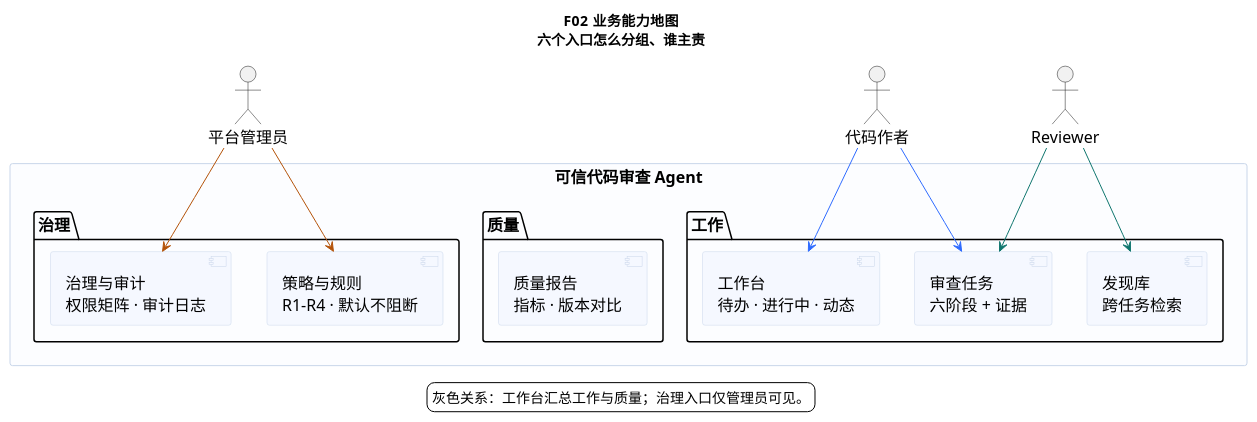
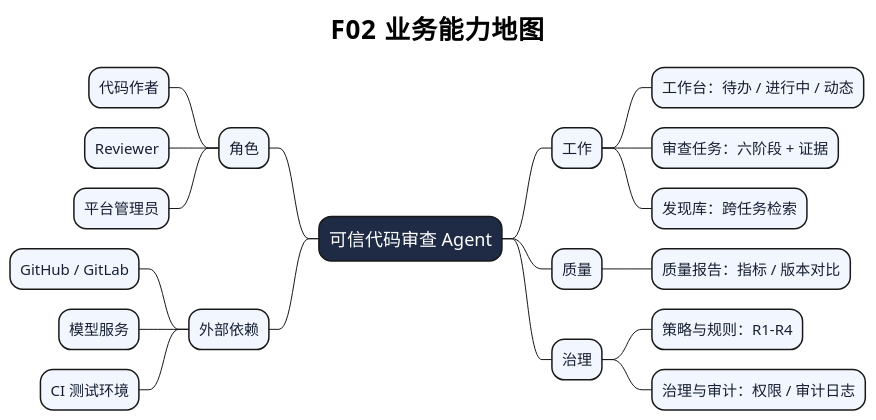
One commit to yemuxue/code-review-agent changed the diagram in 可信代码审查Agent/03_可编辑源文件/PlantUML/F02_业务能力地图.puml. Above: the diagram before and after it, drawn with PlantUML. The commit also changed 33 other files, not shown here.

First line of the commit message:
style(atlas): 按 5.6 图册重画全部图

```diff
--- a/可信代码审查Agent/03_可编辑源文件/PlantUML/F02_业务能力地图.puml
+++ b/可信代码审查Agent/03_可编辑源文件/PlantUML/F02_业务能力地图.puml
@@ -1,45 +1,39 @@
-@startuml
-skinparam shadowing false
-skinparam backgroundColor #FFFFFF
-skinparam defaultFontSize 16
-skinparam defaultFontName PingFang SC
-skinparam rectangle {
-  BackgroundColor #FCFDFF
-  BorderColor #C9D6EA
-}
-skinparam component {
-  BackgroundColor #F5F8FF
-  BorderColor #C9D6EA
-}
-title F02  业务能力地图\n<size:14>六个入口怎么分组、谁主责</size>
-
-actor "代码作者" as A1
-actor "Reviewer" as A2
-actor "平台管理员" as A3
-
-rectangle "可信代码审查 Agent" {
-  package "工作" {
-    component "工作台\n待办 · 进行中 · 动态" as C1
-    component "审查任务\n六阶段 + 证据" as C2
-    component "发现库\n跨任务检索" as C3
+@startmindmap
+<style>
+mindmapDiagram {
+  node {
+    BackgroundColor #F2F7FF
+    BorderColor #9FB4D6
+    FontColor #172033
+    FontSize 15
   }
-  package "质量" {
-    component "质量报告\n指标 · 版本对比" as C4
-  }
-  package "治理" {
-    component "策略与规则\nR1–R4 · 默认不阻断" as C5
-    component "治理与审计\n权限矩阵 · 审计日志" as C6
+  rootNode {
+    BackgroundColor #1F2A44
+    FontColor #FFFFFF
+    FontSize 18
+    BorderColor #1F2A44
   }
 }
+</style>
+title <size:26><b>F02  业务能力地图</b></size>
 
-A1 -[#2E6BFF]-> C1
-A1 -[#2E6BFF]-> C2
-A2 -[#0F766E]-> C2
-A2 -[#0F766E]-> C3
-A3 -[#B45309]-> C5
-A3 -[#B45309]-> C6
-
-legend bottom
-  灰色关系：工作台汇总工作与质量；治理入口仅管理员可见。
-endlegend
-@enduml
+* 可信代码审查 Agent
+** 工作
+*** 工作台：待办 / 进行中 / 动态
+*** 审查任务：六阶段 + 证据
+*** 发现库：跨任务检索
+** 质量
+*** 质量报告：指标 / 版本对比
+** 治理
+*** 策略与规则：R1–R4
+*** 治理与审计：权限 / 审计日志
+left side
+** 角色
+*** 代码作者
+*** Reviewer
+*** 平台管理员
+** 外部依赖
+*** GitHub / GitLab
+*** 模型服务
+*** CI 测试环境
+@endmindmap
```
